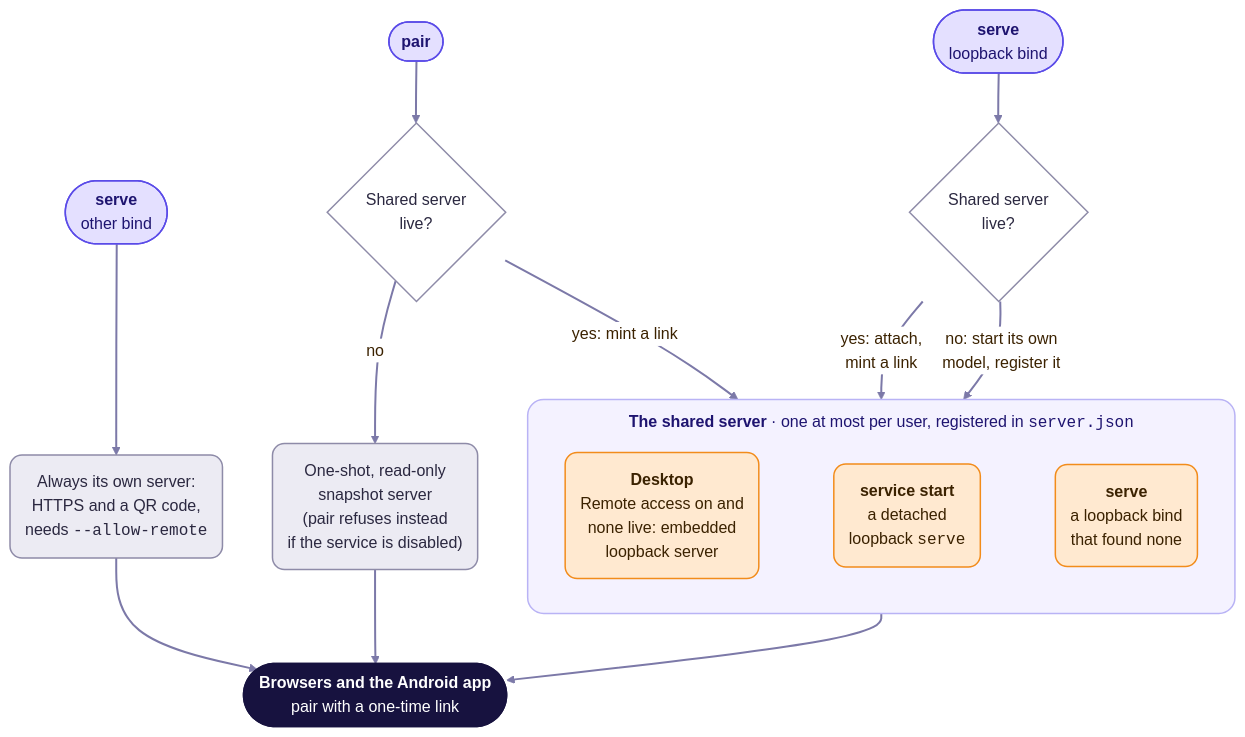
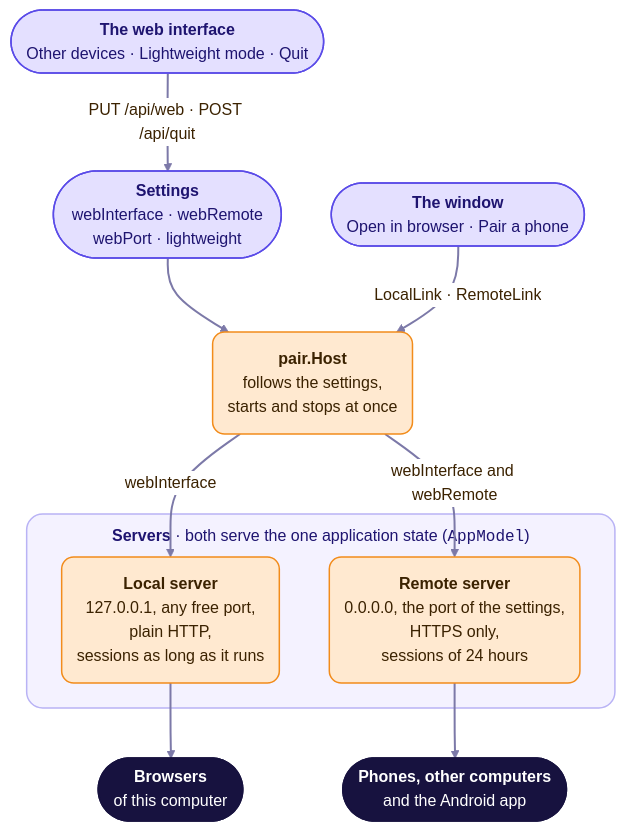
One commit to version-fox/vfox-plus changed the third of 5 diagrams in docs/en/dev/architecture.md. Above: the diagram before and after it, drawn with Mermaid. The commit also changed other lines of this file and 203 other files, not shown here.

First line of the commit message:
Make vfox+ a GUI-only application, with the web interface, the lightweight mode and an icon in the tray as settings (#51)

````diff
--- a/docs/en/dev/architecture.md
+++ b/docs/en/dev/architecture.md
@@ -326,53 +335,45 @@
 ```mermaid
 ---
 config:
   theme: base
   themeVariables:
     fontFamily: "system-ui, -apple-system, 'Segoe UI', 'Noto Sans', 'Noto Sans CJK SC', 'PingFang SC', 'Microsoft YaHei', sans-serif"
     lineColor: "#7C79A8"
     primaryColor: "#FFE9D0"
     primaryBorderColor: "#F28C1B"
     primaryTextColor: "#3B2200"
     clusterBkg: "#F4F2FF"
     clusterBorder: "#B9B3F5"
     titleColor: "#1E1470"
     edgeLabelBackground: "#FFFFFF"
   flowchart:
     curve: basis
     wrappingWidth: 320
     subGraphTitleMargin:
       top: 10
       bottom: 8
 ---
 flowchart TB
-    accTitle: Which server answers pair and serve
-    accDescr: pair and a loopback serve use the shared server when one is live. Without one, pair starts a read-only snapshot server and serve starts its own model and becomes the shared server, as the desktop and service start do. A serve on another interface always starts its own HTTPS server. Browsers and the Android app pair with whichever server answers.
-    pair(["<b>pair</b>"]) --> q1{"Shared server<br/>live?"}
-    srv(["<b>serve</b><br/>loopback bind"]) --> q2{"Shared server<br/>live?"}
-    rem(["<b>serve</b><br/>other bind"]) --> own("Always its own server:<br/>HTTPS and a QR code,<br/>needs <code>--allow-remote</code>")
-    subgraph shared["<b>The shared server</b> · one at most per user, registered in <code>server.json</code>"]
-        direction LR
-        d("<b>Desktop</b><br/>Remote access on and<br/>none live: embedded<br/>loopback server") ~~~ s("<b>service start</b><br/>a detached<br/>loopback <code>serve</code>") ~~~ l("<b>serve</b><br/>a loopback bind<br/>that found none")
+    accTitle: How the settings decide which servers run
+    accDescr: The settings webInterface, webRemote, webPort and lightweight are read by the Host. With webInterface on, it runs a loopback server for the browsers of this computer. With webRemote on as well, it runs a second server over HTTPS for phones and other computers. Both serve the same application state. The window makes links for both and the pages of the web interface change the settings.
+    set(["<b>Settings</b><br/>webInterface · webRemote<br/>webPort · lightweight"]) --> host("<b>pair.Host</b><br/>follows the settings,<br/>starts and stops at once")
+    subgraph servers["<b>Servers</b> · both serve the one application state (<code>AppModel</code>)"]
+        loc("<b>Local server</b><br/>127.0.0.1, any free port,<br/>plain HTTP,<br/>sessions as long as it runs")
+        rem("<b>Remote server</b><br/>0.0.0.0, the port of the settings,<br/>HTTPS only,<br/>sessions of 24 hours")
     end
-    q1 -->|"yes: mint a link"| shared
-    q2 -->|"yes: attach,<br/>mint a link"| shared
-    q2 -->|"no: start its own<br/>model, register it"| shared
-    q1 -->|no| snap("One-shot, read-only<br/>snapshot server<br/>(pair refuses instead<br/>if the service is disabled)")
-    fe(["<b>Browsers and the Android app</b><br/>pair with a one-time link"])
-    shared --> fe
-    own --> fe
-    snap --> fe
+    host -->|webInterface| loc
+    host -->|"webInterface and webRemote"| rem
+    loc --> b1(["<b>Browsers</b><br/>of this computer"])
+    rem --> b2(["<b>Phones, other computers</b><br/>and the Android app"])
+    win(["<b>The window</b><br/>Open in browser · Pair a phone"]) -->|"LocalLink · RemoteLink"| host
+    web(["<b>The web interface</b><br/>Other devices · Lightweight mode · Quit"]) -->|"PUT /api/web · POST /api/quit"| set
 
-    classDef cmd fill:#E4E0FF,stroke:#5A4BE8,color:#1E1470,stroke-width:1.5px
-    classDef ask fill:#FFFFFF,stroke:#8E8BA8,color:#2B2840,stroke-width:1.5px
-    classDef owner fill:#FFE9D0,stroke:#F28C1B,color:#3B2200,stroke-width:1.5px,rx:12,ry:12
-    classDef alone fill:#ECEBF3,stroke:#8E8BA8,color:#2B2840,stroke-width:1.5px,rx:12,ry:12
+    classDef cfg fill:#E4E0FF,stroke:#5A4BE8,color:#1E1470,stroke-width:1.5px
+    classDef own fill:#FFE9D0,stroke:#F28C1B,color:#3B2200,stroke-width:1.5px,rx:12,ry:12
     classDef client fill:#17123F,stroke:#17123F,color:#FFFFFF,stroke-width:1.5px
-    class pair,srv,rem cmd
-    class q1,q2 ask
-    class d,s,l owner
-    class own,snap alone
-    class fe client
-    style shared fill:#F4F2FF,stroke:#B9B3F5,stroke-width:1.5px,rx:16,ry:16
+    class set,win,web cfg
+    class host,loc,rem own
+    class b1,b2 client
+    style servers fill:#F4F2FF,stroke:#B9B3F5,stroke-width:1.5px,rx:16,ry:16
     linkStyle default stroke-width:2px
 ```
````
